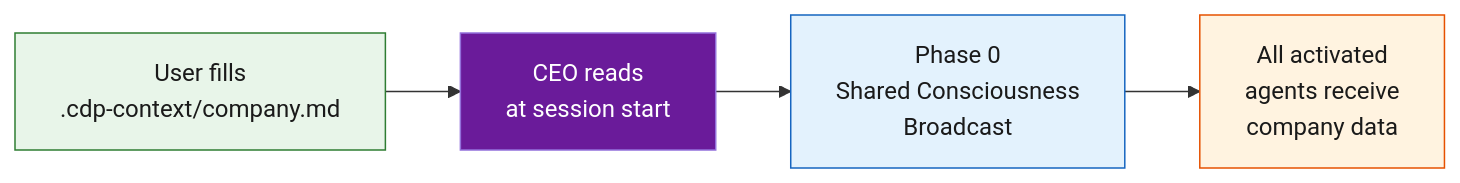
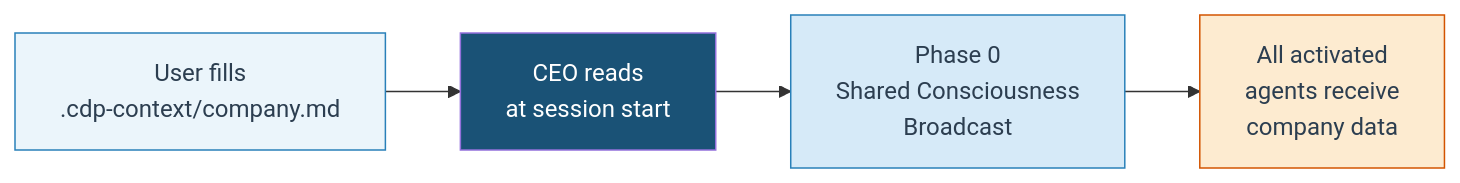
Before and after one commit to apatheticus/corporate-decision-panel: the tenth of 13 diagrams in README.md, drawn with Mermaid. The commit also changed other lines of this file and 6 other files, not shown here.

````diff
--- a/README.md
+++ b/README.md
@@ -545,14 +1430,14 @@
 ```mermaid
 flowchart LR
     User["User fills\n.cdp-context/company.md"]
     CEO_Read["CEO reads\nat session start"]
     P0["Phase 0\nShared Consciousness\nBroadcast"]
     Agents["All activated\nagents receive\ncompany data"]
 
     User --> CEO_Read --> P0 --> Agents
 
-    style User fill:#e8f5e9,stroke:#2e7d32,color:#1a1a1a
-    style CEO_Read fill:#6a1b9a,color:#fff
-    style P0 fill:#e3f2fd,stroke:#1565c0,color:#1a1a1a
-    style Agents fill:#fff3e0,stroke:#e65100,color:#1a1a1a
+    style User fill:#EBF5FB,stroke:#2980B9,color:#2C3E50
+    style CEO_Read fill:#1A5276,color:#fff
+    style P0 fill:#D6EAF8,stroke:#2980B9,color:#2C3E50
+    style Agents fill:#FDEBD0,stroke:#D35400,color:#2C3E50
 ```
````
